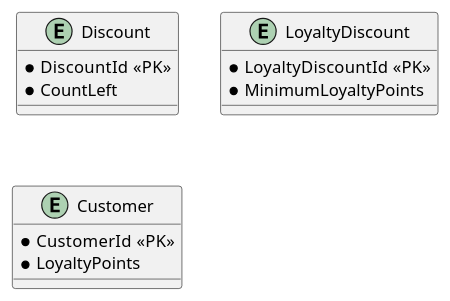
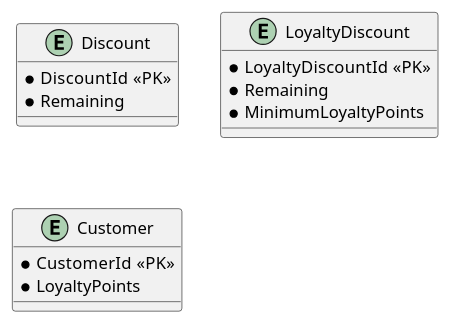
One commit to acloudfan/DynamoDB-For-Architects changed the diagram in transactions/erd/flash-sale.puml. Above: the diagram before and after it, drawn with PlantUML.

Commit message:
transactions

```diff
--- a/transactions/erd/flash-sale.puml
+++ b/transactions/erd/flash-sale.puml
@@ -1,22 +1,23 @@
 @startuml
 
 skinparam backgroundColor transparent
 
 entity Discount {
     * DiscountId  <<PK>>
-    * CountLeft
+    * Remaining
 }
 
 entity LoyaltyDiscount {
     * LoyaltyDiscountId  <<PK>>
+    * Remaining
     * MinimumLoyaltyPoints
 }
 
 entity Customer {
     * CustomerId  <<PK>>
     * LoyaltyPoints
 }
 
 
 
 @enduml
```
